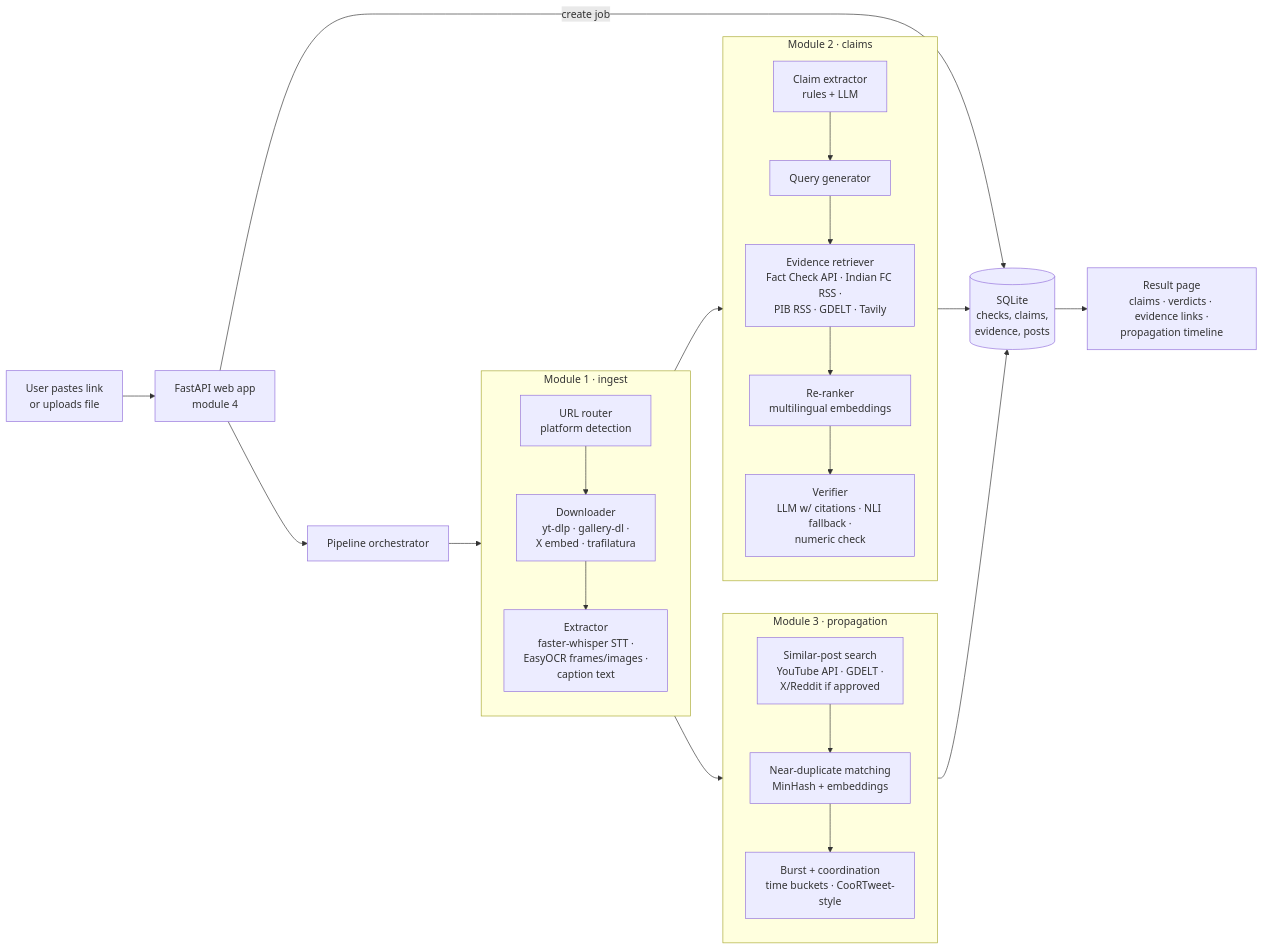
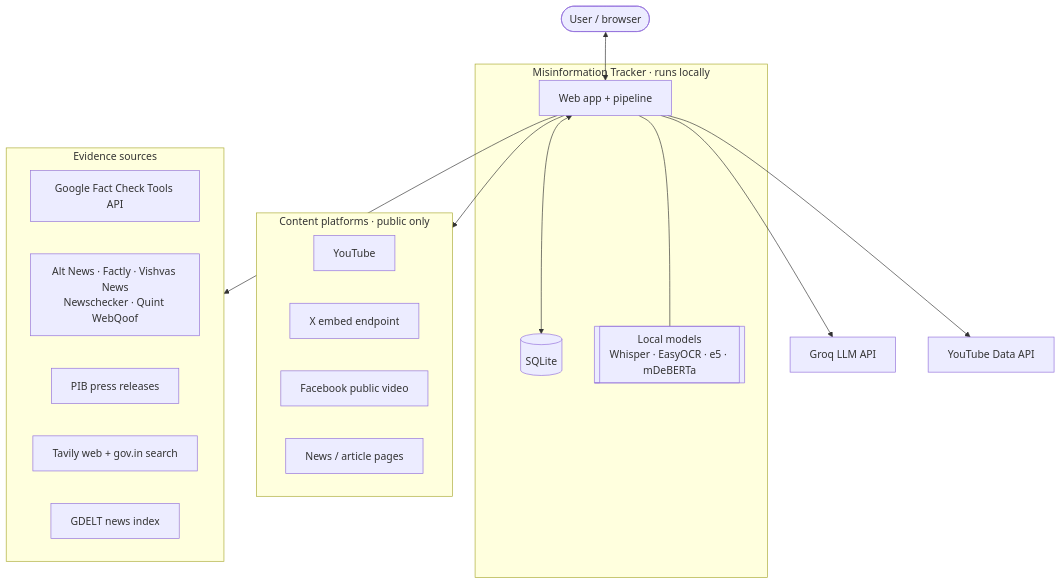
Before and after one commit to saurabhhbansal/misinfo-verification-tracker: the first of 5 diagrams in docs/architecture.md, drawn with Mermaid. The commit also changed other lines of this file and 4 other files, not shown here.

First line of the commit message:
Add project brief, final architecture, limitations and README

````diff
--- a/docs/architecture.md
+++ b/docs/architecture.md
@@ -7,29 +32,32 @@
 ```mermaid
-flowchart LR
-    U[User pastes link<br/>or uploads file] --> W[FastAPI web app<br/>module 4]
-    W -->|create job| DB[(SQLite<br/>checks, claims,<br/>evidence, posts)]
-    W --> P[Pipeline orchestrator]
+flowchart TB
+    user([User / browser])
+    subgraph sys[Misinformation Tracker · runs locally]
+        app[Web app + pipeline]
+        db[(SQLite)]
+        models[[Local models<br/>Whisper · EasyOCR · e5 · mDeBERTa]]
+    end
+    subgraph content[Content platforms · public only]
+        yt[YouTube]
+        x[X embed endpoint]
+        fb[Facebook public video]
+        web[News / article pages]
+    end
+    subgraph evidence[Evidence sources]
+        gfc[Google Fact Check Tools API]
+        fcr[Alt News · Factly · Vishvas News<br/>Newschecker · Quint WebQoof]
+        pib[PIB press releases]
+        tav[Tavily web + gov.in search]
+        gd[GDELT news index]
+    end
+    llm[Groq LLM API]
+    ytapi[YouTube Data API]
 
-    subgraph M1[Module 1 · ingest]
-        R[URL router<br/>platform detection] --> D[Downloader<br/>yt-dlp · gallery-dl ·<br/>X embed · trafilatura]
-        D --> X[Extractor<br/>faster-whisper STT ·<br/>EasyOCR frames/images ·<br/>caption text]
-    end
-
-    subgraph M2[Module 2 · claims]
-        CE[Claim extractor<br/>rules + LLM] --> QG[Query generator]
-        QG --> EV[Evidence retriever<br/>Fact Check API · Indian FC RSS ·<br/>PIB RSS · GDELT · Tavily]
-        EV --> RR[Re-ranker<br/>multilingual embeddings]
-        RR --> VF[Verifier<br/>LLM w/ citations · NLI fallback ·<br/>numeric check]
-    end
-
-    subgraph M3[Module 3 · propagation]
-        PS[Similar-post search<br/>YouTube API · GDELT ·<br/>X/Reddit if approved] --> SIM[Near-duplicate matching<br/>MinHash + embeddings]
-        SIM --> BU[Burst + coordination<br/>time buckets · CooRTweet-style]
-    end
-
-    P --> M1 --> M2
-    M1 --> M3
-    M2 --> DB
-    M3 --> DB
-    DB --> RES[Result page<br/>claims · verdicts · evidence links ·<br/>propagation timeline]
+    user <--> app
+    app <--> db
+    app --- models
+    app --> content
+    app --> evidence
+    app --> llm
+    app --> ytapi
 ```
````
